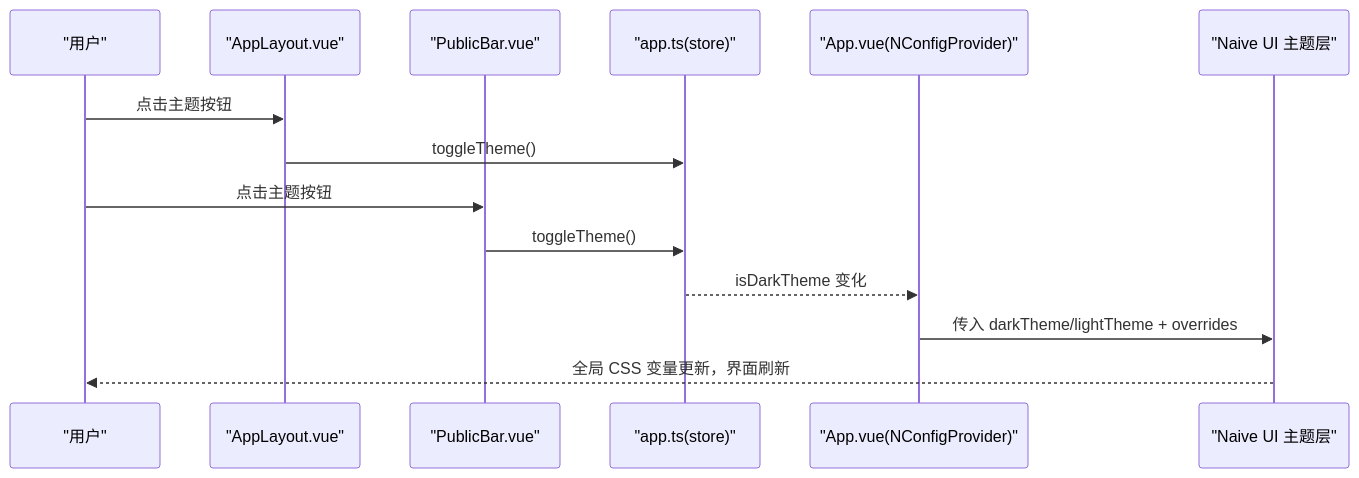
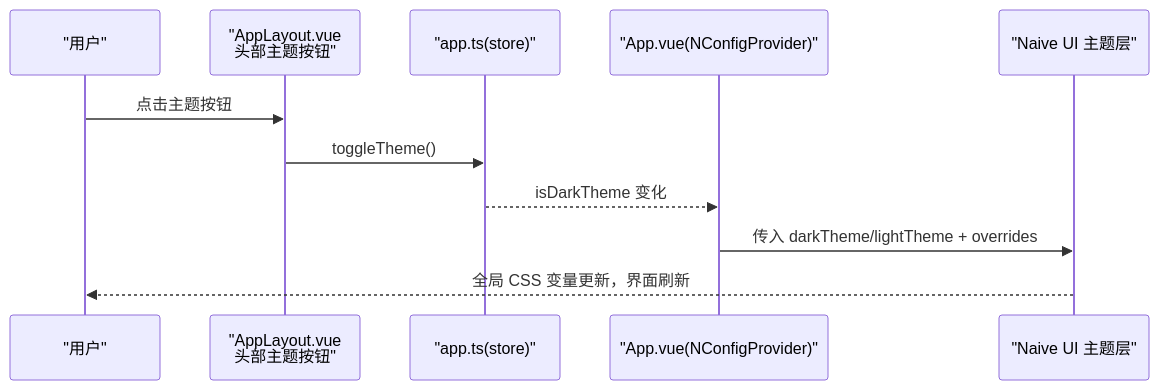
The second of 3 diagrams in .qoder/repowiki/zh/content/用户界面/主题定制.md (taoweidong/Hello-Tauri), drawn with Mermaid before and after one commit. The commit also changed other lines of this file and 14 other files, not shown here.

````diff
--- a/.qoder/repowiki/zh/content/用户界面/主题定制.md
+++ b/.qoder/repowiki/zh/content/用户界面/主题定制.md
@@ -87,16 +98,13 @@
 ```mermaid
 sequenceDiagram
 participant U as "用户"
-participant L as "AppLayout.vue"
-participant P as "PublicBar.vue"
+participant H as "AppLayout.vue<br/>头部主题按钮"
 participant S as "app.ts(store)"
 participant A as "App.vue(NConfigProvider)"
 participant T as "Naive UI 主题层"
-U->>L : 点击主题按钮
-L->>S : toggleTheme()
-U->>P : 点击主题按钮
-P->>S : toggleTheme()
+U->>H : 点击主题按钮
+H->>S : toggleTheme()
 S-->>A : isDarkTheme 变化
 A->>T : 传入 darkTheme/lightTheme + overrides
 T-->>U : 全局 CSS 变量更新，界面刷新
 ```
````
